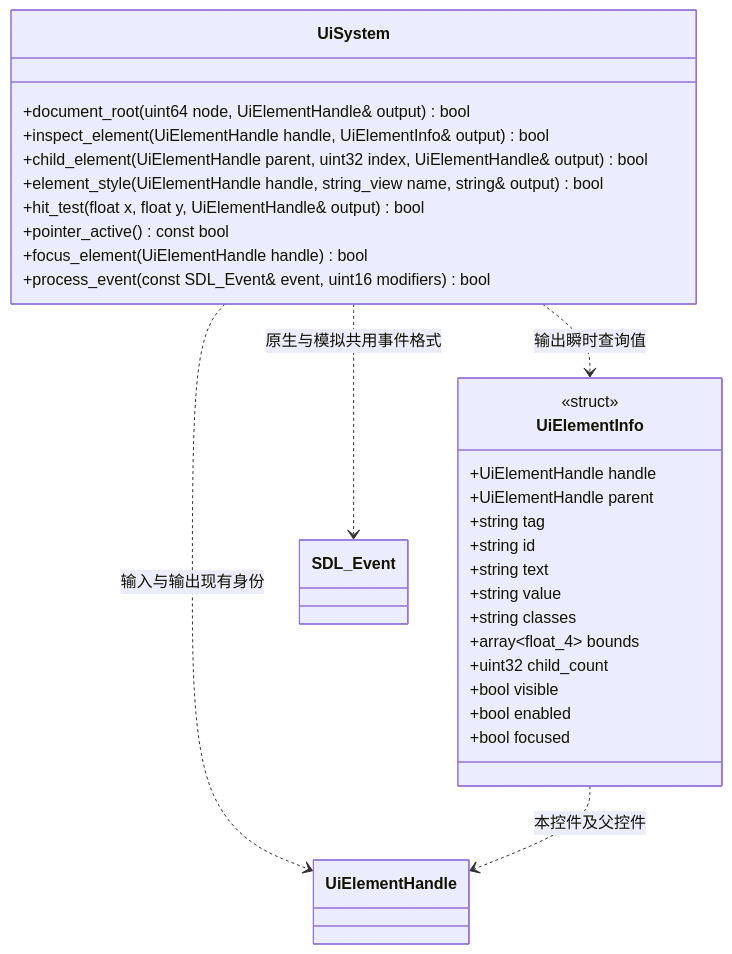
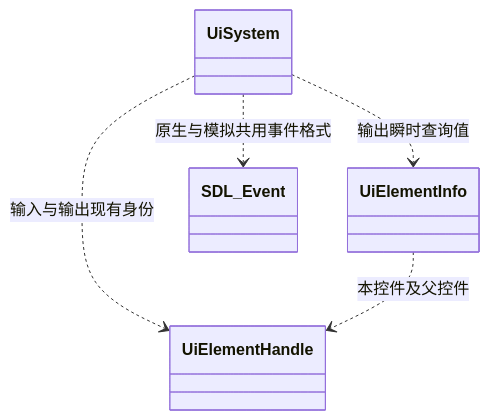
The fourth of 7 diagrams in docs/plugins/editor/class-diagrams/ui-editor.md (lcals/Engine), drawn with Mermaid before and after one commit. The commit also changed other lines of this file and 222 other files, not shown here.

Commit message:
Consolidate editor asset imports and align architecture documentation

````diff
--- a/docs/plugins/editor/class-diagrams/ui-editor.md
+++ b/docs/plugins/editor/class-diagrams/ui-editor.md
@@ -90,34 +90,11 @@
 ```mermaid
 classDiagram
-    class UiSystem {
-        +document_root(uint64 node, UiElementHandle& output) bool
-        +inspect_element(UiElementHandle handle, UiElementInfo& output) bool
-        +child_element(UiElementHandle parent, uint32 index, UiElementHandle& output) bool
-        +element_style(UiElementHandle handle, string_view name, string& output) bool
-        +hit_test(float x, float y, UiElementHandle& output) bool
-        +pointer_active() const bool
-        +focus_element(UiElementHandle handle) bool
-        +process_event(const SDL_Event& event, uint16 modifiers) bool
-    }
-    class UiElementInfo {
-        <<struct>>
-        +UiElementHandle handle
-        +UiElementHandle parent
-        +string tag
-        +string id
-        +string text
-        +string value
-        +string classes
-        +array~float_4~ bounds
-        +uint32 child_count
-        +bool visible
-        +bool enabled
-        +bool focused
-    }
+    class UiSystem
+    class UiElementInfo
     class UiElementHandle
     class SDL_Event
     UiSystem ..> SDL_Event : 原生与模拟共用事件格式
     UiSystem ..> UiElementInfo : 输出瞬时查询值
     UiSystem ..> UiElementHandle : 输入与输出现有身份
     UiElementInfo ..> UiElementHandle : 本控件及父控件
 ```
````
